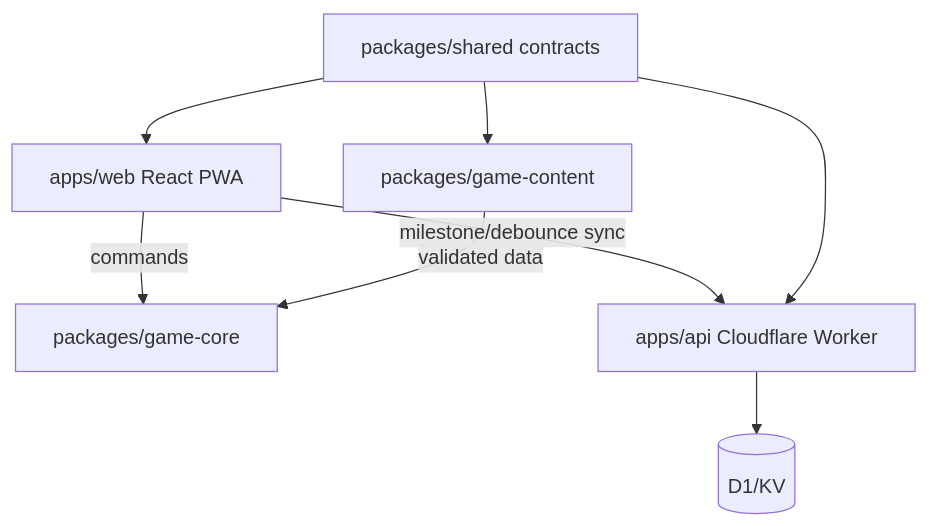
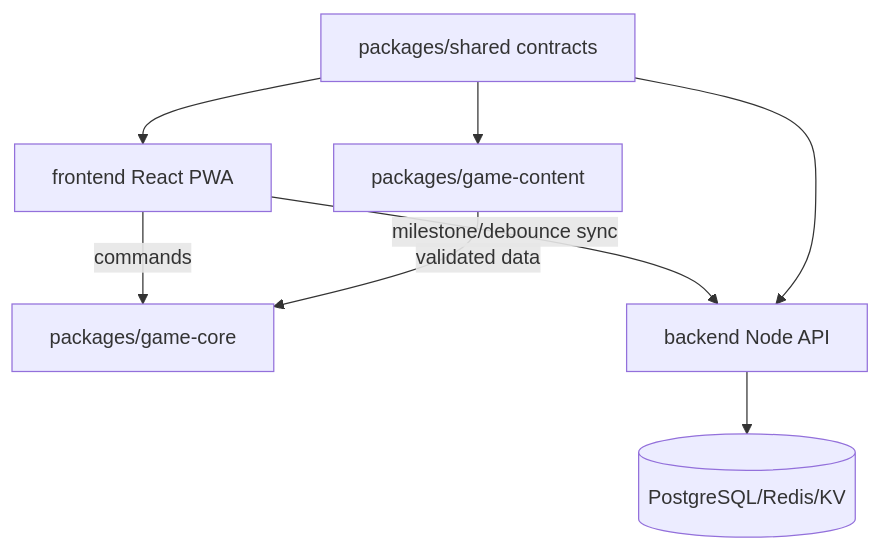
Before and after one commit to quangg-anh/mindbalance: the diagram in docs/target-architecture.md, drawn with Mermaid. The commit also changed other lines of this file and 26 other files, not shown here.

Commit message:
upate backend and frontend package.json to match new structure

````diff
--- a/docs/target-architecture.md
+++ b/docs/target-architecture.md
@@ -5,10 +5,10 @@
 ```mermaid
 graph TD
-  Web[apps/web React PWA] -->|commands| Core[packages/game-core]
+  Web[frontend React PWA] -->|commands| Core[packages/game-core]
   Content[packages/game-content] -->|validated data| Core
-  Web -->|milestone/debounce sync| API[apps/api Cloudflare Worker]
-  API --> Storage[(D1/KV)]
+  Web -->|milestone/debounce sync| API[backend Node API]
+  API --> Storage[(PostgreSQL/Redis/KV)]
   Shared[packages/shared contracts] --> Web
   Shared --> API
   Shared --> Content
 ```
````
